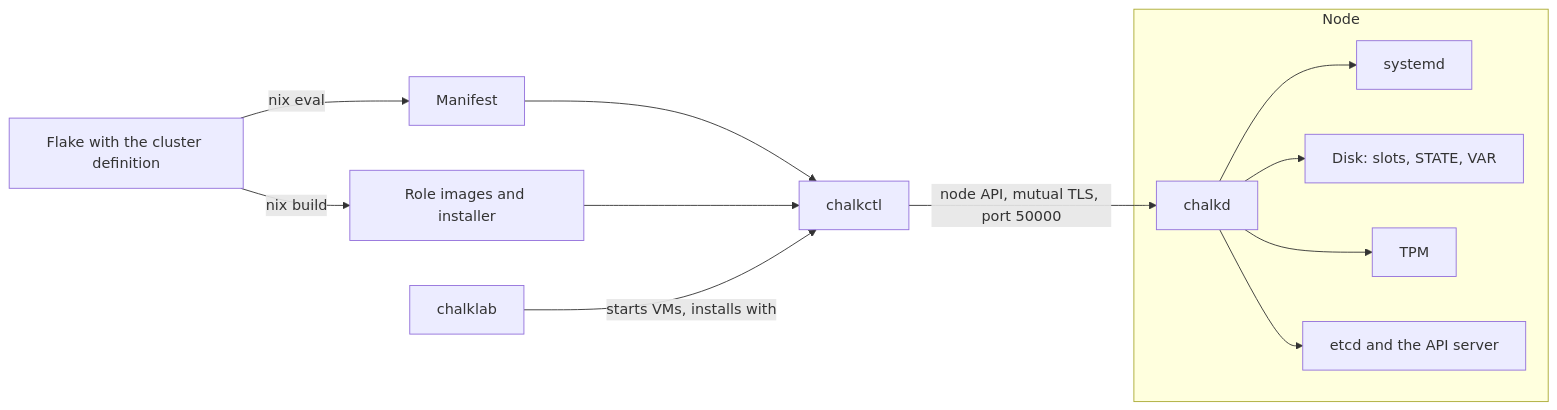
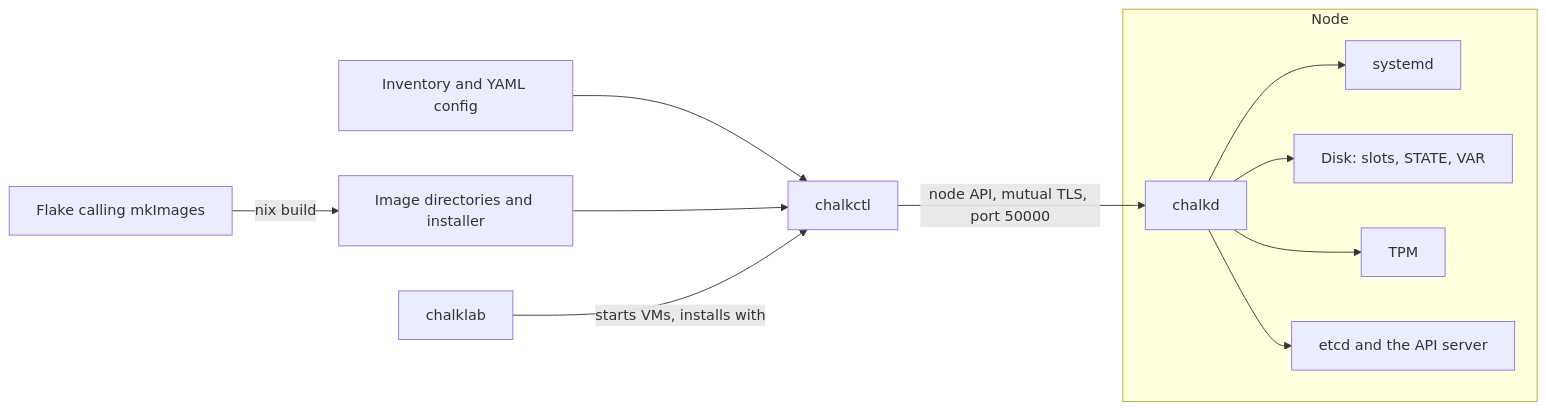
The first of 2 diagrams in docs/concepts/architecture.md (trevex/chalkos), drawn with Mermaid before and after one commit. The commit also changed other lines of this file, not shown here.

Commit message:
docs: describe the architecture with mkImages, the inventory and YAML config

````diff
--- a/docs/concepts/architecture.md
+++ b/docs/concepts/architecture.md
@@ -26,15 +28,14 @@
 ```mermaid
 flowchart LR
-    flake["Flake with the cluster definition"] -->|nix build| images["Role images and installer"]
-    flake -->|nix eval| manifest["Manifest"]
-    manifest --> chalkctl
+    flake["Flake calling mkImages"] -->|nix build| images["Image directories and installer"]
+    inventory["Inventory and YAML config"] --> chalkctl
     images --> chalkctl
     chalklab -->|starts VMs, installs with| chalkctl
     chalkctl -->|node API, mutual TLS, port 50000| chalkd
     subgraph node["Node"]
         chalkd --> systemd
         chalkd --> disk["Disk: slots, STATE, VAR"]
         chalkd --> tpm["TPM"]
         chalkd --> k8s["etcd and the API server"]
     end
 ```
````
